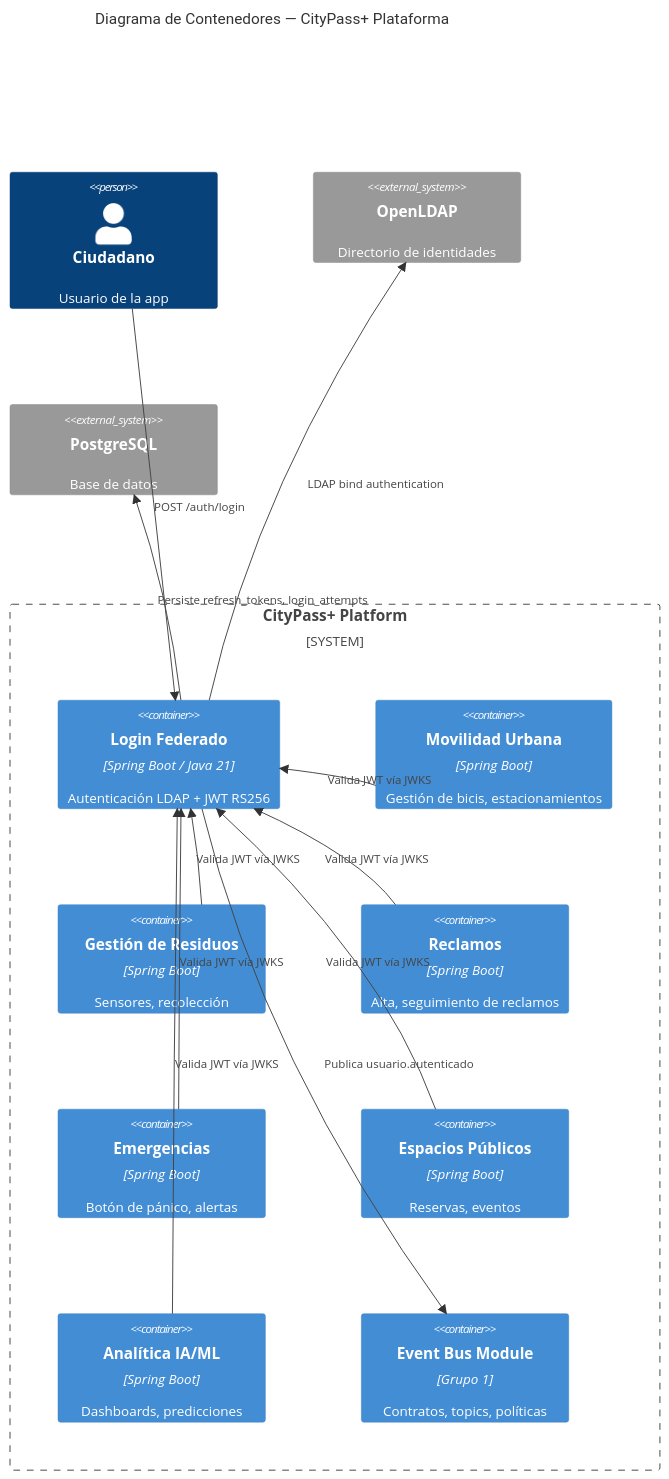
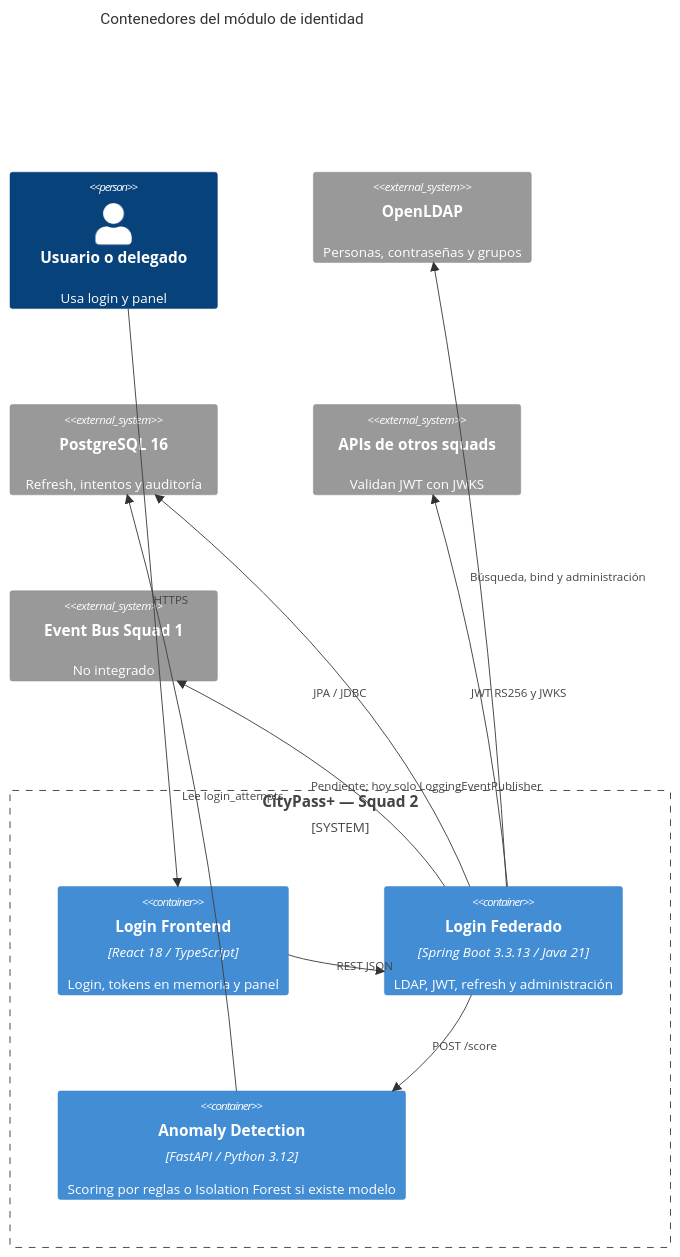
The diagram in login-federado/docs/diagrams/02-c4-contenedores.md (CityPass-Login-Federado/CityPass_Login_Backend), drawn with Mermaid before and after one commit. The commit also changed other lines of this file and 20 other files, not shown here.

Commit message:
TASK-171-Actualización de Documentación Técnica y Diagramas UML Finales

````diff
--- a/login-federado/docs/diagrams/02-c4-contenedores.md
+++ b/login-federado/docs/diagrams/02-c4-contenedores.md
@@ -3,31 +5,26 @@
 ```mermaid
 C4Container
-    title Diagrama de Contenedores — CityPass+ Plataforma
+    title Contenedores del módulo de identidad
 
-    Person(ciudadano, "Ciudadano", "Usuario de la app")
+    Person(usuario, "Usuario o delegado", "Usa login y panel")
 
-    System_Boundary(citypass, "CityPass+ Platform") {
-        Container(login, "Login Federado", "Spring Boot / Java 21", "Autenticación LDAP + JWT RS256")
-        Container(movilidad, "Movilidad Urbana", "Spring Boot", "Gestión de bicis, estacionamientos")
-        Container(residuos, "Gestión de Residuos", "Spring Boot", "Sensores, recolección")
-        Container(reclamos, "Reclamos", "Spring Boot", "Alta, seguimiento de reclamos")
-        Container(emergencias, "Emergencias", "Spring Boot", "Botón de pánico, alertas")
-        Container(espacios, "Espacios Públicos", "Spring Boot", "Reservas, eventos")
-        Container(analitica, "Analítica IA/ML", "Spring Boot", "Dashboards, predicciones")
-        Container(eda, "Event Bus Module", "Grupo 1", "Contratos, topics, políticas")
+    System_Boundary(citypass, "CityPass+ — Squad 2") {
+        Container(frontend, "Login Frontend", "React 18 / TypeScript", "Login, tokens en memoria y panel")
+        Container(login, "Login Federado", "Spring Boot 3.3.13 / Java 21", "LDAP, JWT, refresh y administración")
+        Container(risk, "Anomaly Detection", "FastAPI / Python 3.12", "Scoring por reglas o Isolation Forest si existe modelo")
     }
 
-    System_Ext(openldap, "OpenLDAP", "Directorio de identidades")
-    System_Ext(postgres, "PostgreSQL", "Base de datos")
+    System_Ext(openldap, "OpenLDAP", "Personas, contraseñas y grupos")
+    System_Ext(postgres, "PostgreSQL 16", "Refresh, intentos y auditoría")
+    System_Ext(consumers, "APIs de otros squads", "Validan JWT con JWKS")
+    System_Ext(eventbus, "Event Bus Squad 1", "No integrado")
 
-    Rel(ciudadano, login, "POST /auth/login")
-    Rel(login, openldap, "LDAP bind authentication")
-    Rel(login, postgres, "Persiste refresh_tokens, login_attempts")
-    Rel(login, eda, "Publica usuario.autenticado")
-    Rel(movilidad, login, "Valida JWT vía JWKS")
-    Rel(residuos, login, "Valida JWT vía JWKS")
-    Rel(reclamos, login, "Valida JWT vía JWKS")
-    Rel(emergencias, login, "Valida JWT vía JWKS")
-    Rel(espacios, login, "Valida JWT vía JWKS")
-    Rel(analitica, login, "Valida JWT vía JWKS")
+    Rel(usuario, frontend, "HTTPS")
+    Rel(frontend, login, "REST JSON")
+    Rel(login, openldap, "Búsqueda, bind y administración")
+    Rel(login, postgres, "JPA / JDBC")
+    Rel(login, risk, "POST /score")
+    Rel(risk, postgres, "Lee login_attempts")
+    Rel(login, consumers, "JWT RS256 y JWKS")
+    Rel(login, eventbus, "Pendiente; hoy solo LoggingEventPublisher")
 ```
````
